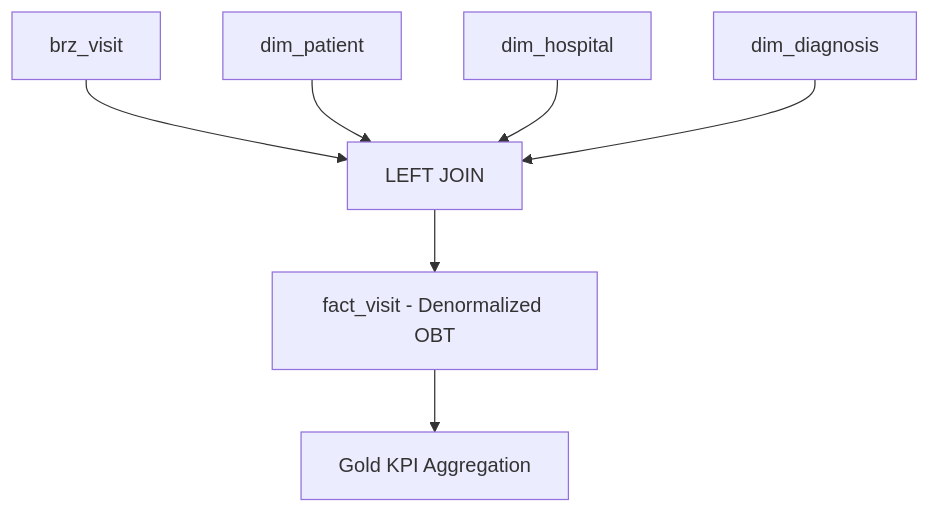
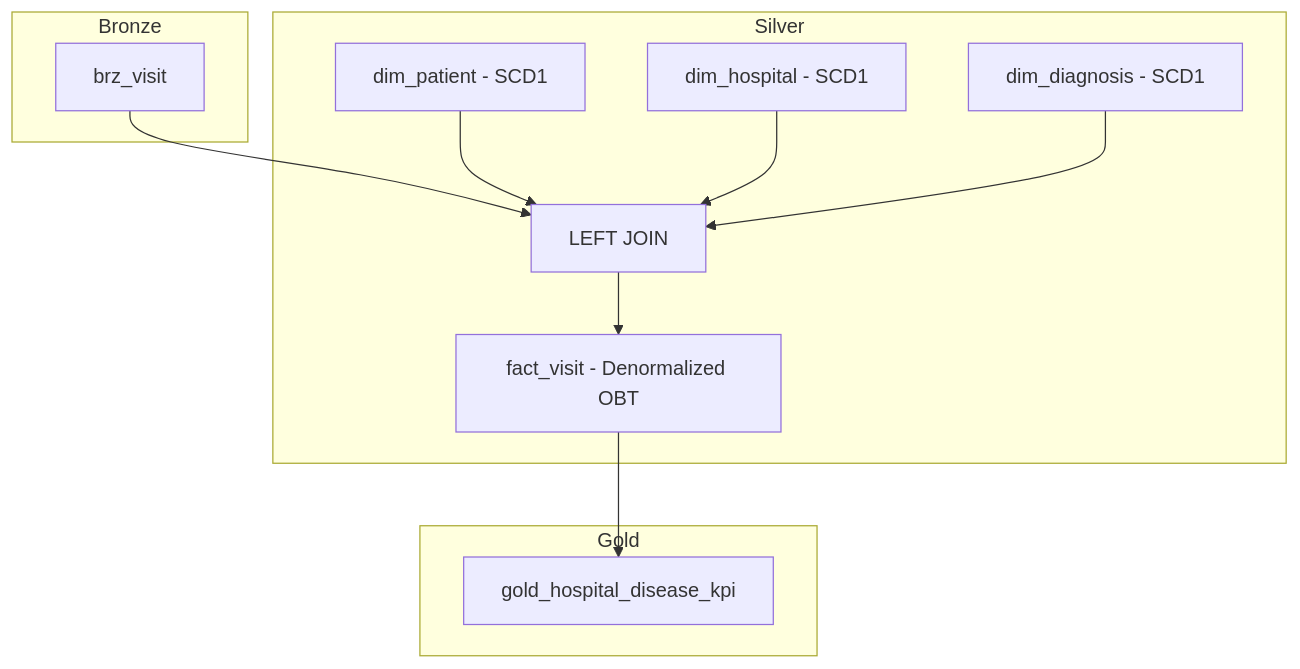
The third of 3 diagrams in README.md (chao797Adam/dbt_hospital_case), drawn with Mermaid before and after one commit. The commit also changed other lines of this file, not shown here.

````diff
--- a/README.md
+++ b/README.md
@@ -535,9 +555,23 @@
 ```mermaid
 flowchart TD
-    B[brz_visit] --> J[LEFT JOIN]
-    P[dim_patient] --> J
-    H[dim_hospital] --> J
-    D[dim_diagnosis] --> J
-    J --> F["fact_visit - Denormalized OBT"]
-    F --> G[Gold KPI Aggregation]
+    subgraph Bronze
+        B[brz_visit]
+    end
+
+    subgraph Silver
+        P["dim_patient - SCD1"]
+        H["dim_hospital - SCD1"]
+        D["dim_diagnosis - SCD1"]
+
+        B --> J[LEFT JOIN]
+        P --> J
+        H --> J
+        D --> J
+
+        J --> F["fact_visit - Denormalized OBT"]
+    end
+
+    subgraph Gold
+        F --> G["gold_hospital_disease_kpi"]
+    end
 ```
````
